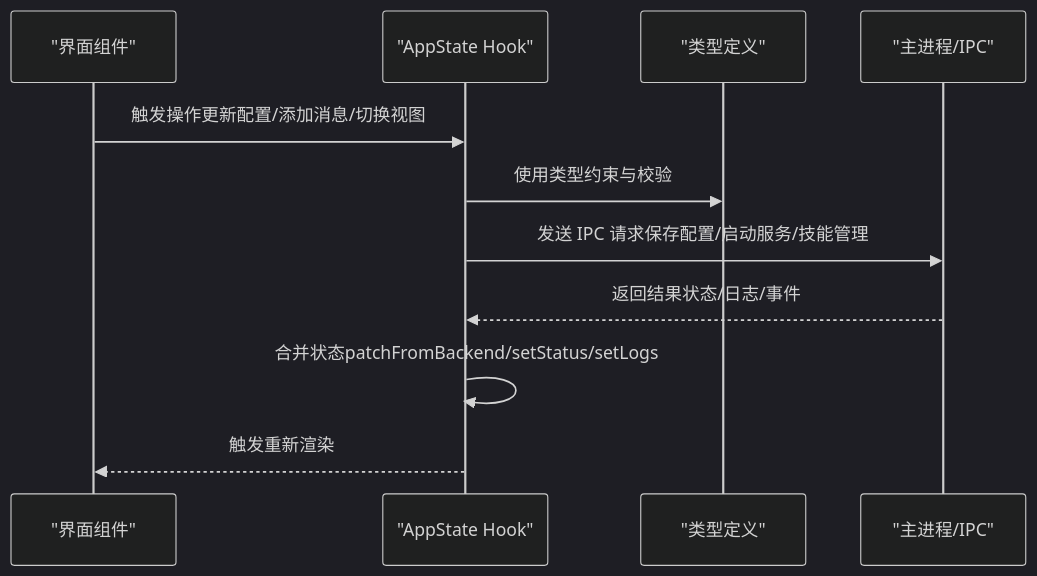
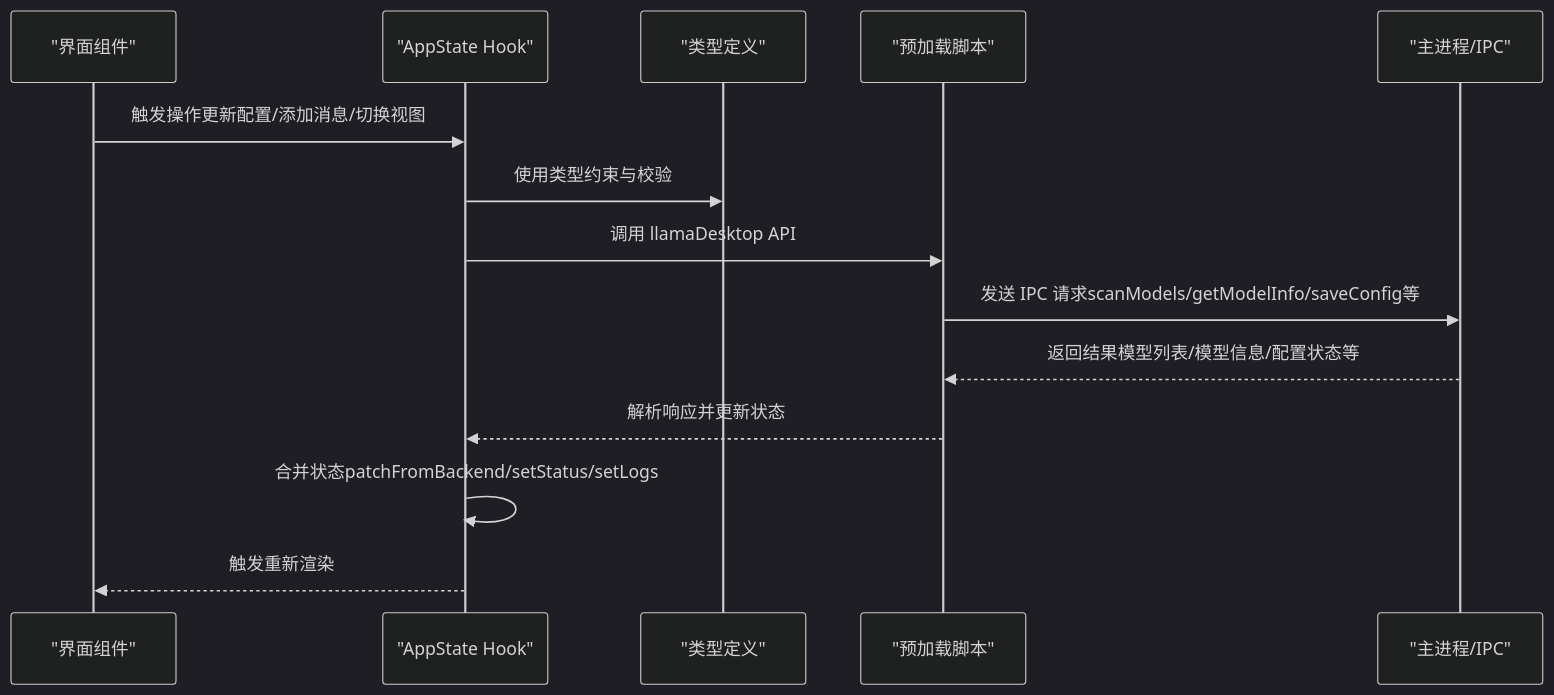
Before and after one commit to linkin770/illama-cpp-desktop: the second of 5 diagrams in .qoder/repowiki/zh/content/数据模型.md, drawn with Mermaid (dark theme). The commit also changed other lines of this file and 23 other files, not shown here.

````diff
--- a/.qoder/repowiki/zh/content/数据模型.md
+++ b/.qoder/repowiki/zh/content/数据模型.md
@@ -153,13 +186,16 @@
 ```mermaid
 sequenceDiagram
 participant UI as "界面组件"
 participant State as "AppState Hook"
 participant Types as "类型定义"
+participant Preload as "预加载脚本"
 participant Backend as "主进程/IPC"
 UI->>State : 触发操作更新配置/添加消息/切换视图
 State->>Types : 使用类型约束与校验
-State->>Backend : 发送 IPC 请求保存配置/启动服务/技能管理
-Backend-->>State : 返回结果状态/日志/事件
+State->>Preload : 调用 llamaDesktop API
+Preload->>Backend : 发送 IPC 请求scanModels/getModelInfo/saveConfig等
+Backend-->>Preload : 返回结果模型列表/模型信息/配置状态等
+Preload-->>State : 解析响应并更新状态
 State->>State : 合并状态patchFromBackend/setStatus/setLogs
 State-->>UI : 触发重新渲染
 ```
````
